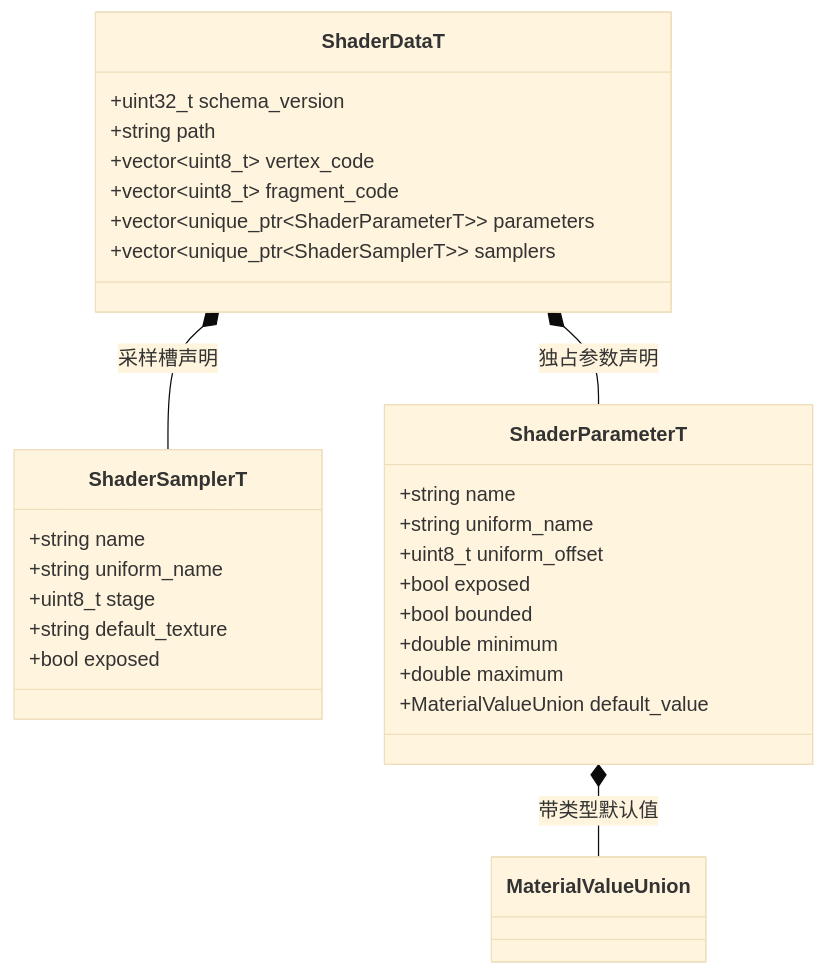
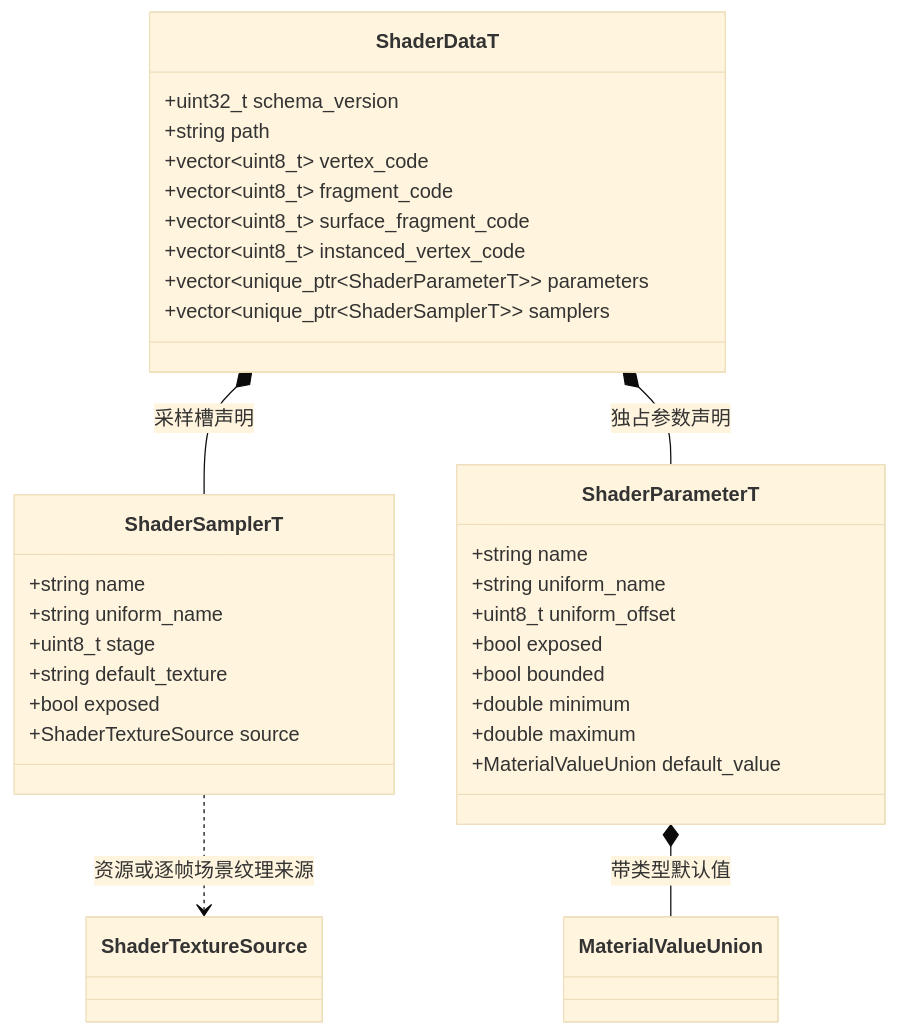
The fourth of 7 diagrams in docs/runtime/class-diagrams/scene-data.md (lcals/Engine), drawn with Mermaid (base theme) before and after one commit. The commit also changed other lines of this file and 222 other files, not shown here.

Commit message:
Consolidate editor asset imports and align architecture documentation

````diff
--- a/docs/runtime/class-diagrams/scene-data.md
+++ b/docs/runtime/class-diagrams/scene-data.md
@@ -134,32 +144,37 @@
 ```mermaid
 classDiagram
     class ShaderDataT {
         +uint32_t schema_version
         +string path
         +vector~uint8_t~ vertex_code
         +vector~uint8_t~ fragment_code
+        +vector~uint8_t~ surface_fragment_code
+        +vector~uint8_t~ instanced_vertex_code
         +vector~unique_ptr~ShaderParameterT~~ parameters
         +vector~unique_ptr~ShaderSamplerT~~ samplers
     }
     class ShaderSamplerT {
         +string name
         +string uniform_name
         +uint8_t stage
         +string default_texture
         +bool exposed
+        +ShaderTextureSource source
     }
+    class ShaderTextureSource
+    ShaderSamplerT ..> ShaderTextureSource : 资源或逐帧场景纹理来源
     ShaderDataT *-- ShaderSamplerT : 采样槽声明
     class ShaderParameterT {
         +string name
         +string uniform_name
         +uint8_t uniform_offset
         +bool exposed
         +bool bounded
         +double minimum
         +double maximum
         +MaterialValueUnion default_value
     }
     class MaterialValueUnion
     ShaderDataT *-- ShaderParameterT : 独占参数声明
     ShaderParameterT *-- MaterialValueUnion : 带类型默认值
 ```
````
